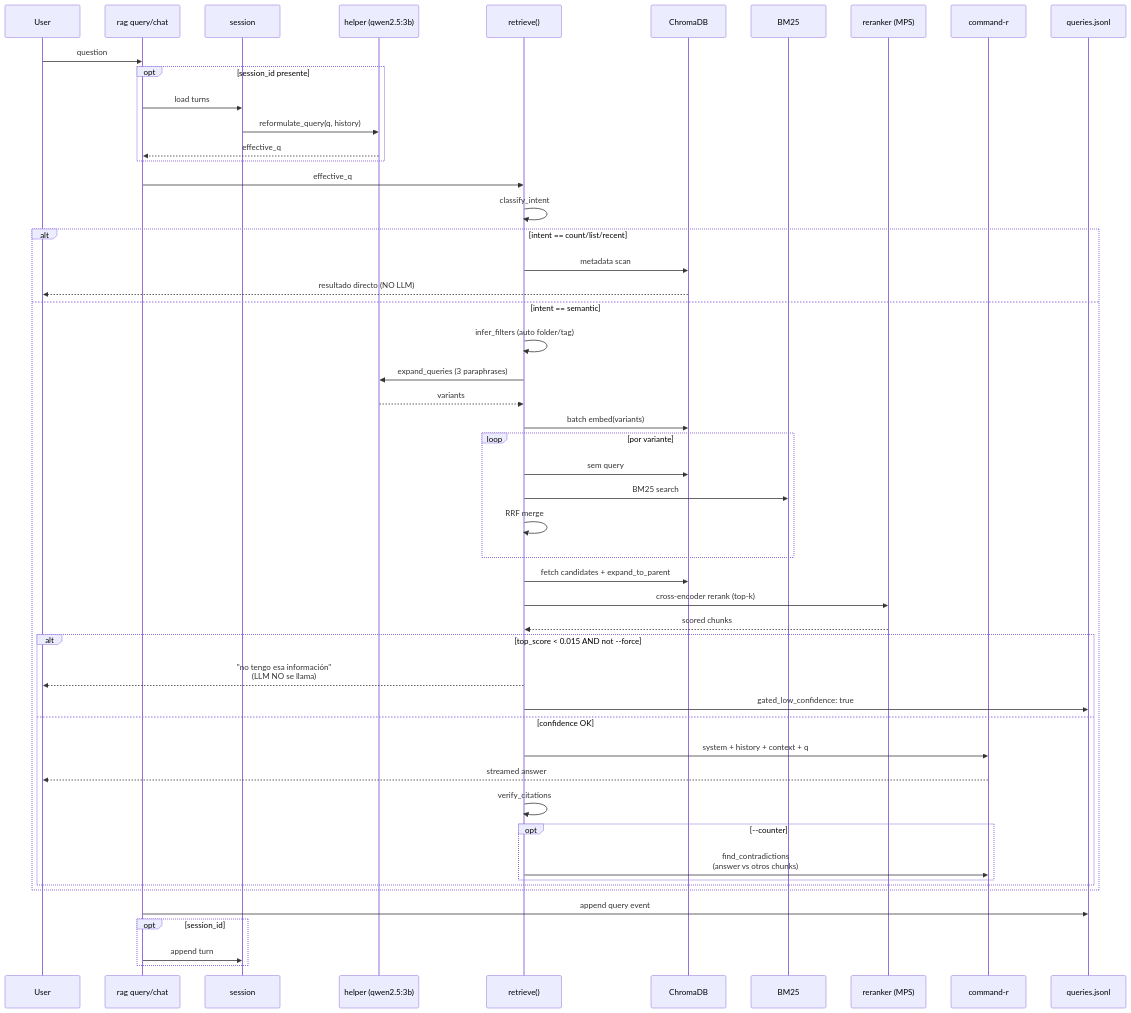
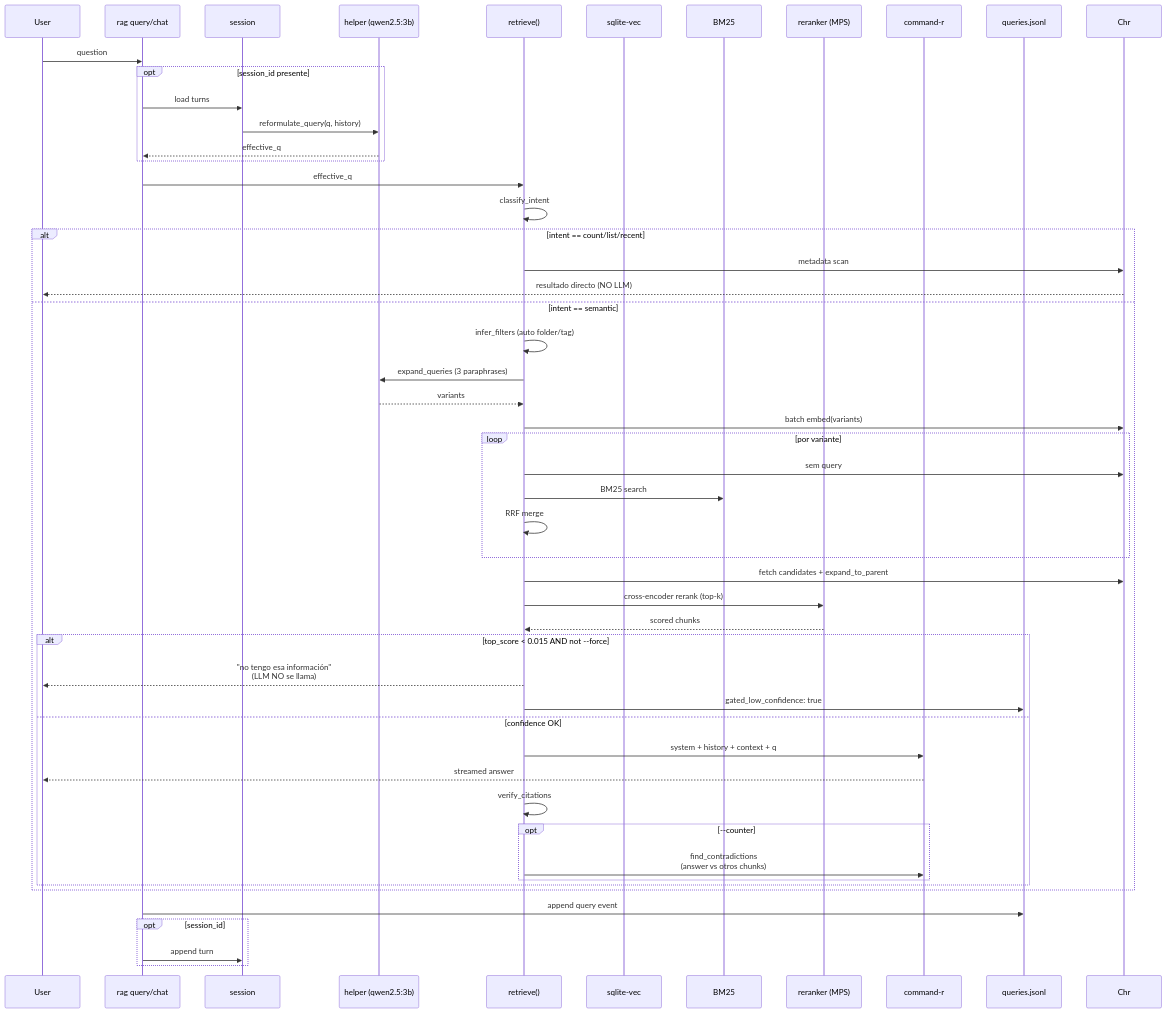
Before and after one commit to jagoff/rag-obsidian: the third of 13 diagrams in docs/SYSTEM.md, drawn with Mermaid. The commit also changed other lines of this file and 53 other files, not shown here.

````diff
--- a/docs/SYSTEM.md
+++ b/docs/SYSTEM.md
@@ -180,54 +180,54 @@
 ```mermaid
 sequenceDiagram
     participant User
     participant Cmd as rag query/chat
     participant Sess as session
     participant H as helper (qwen2.5:3b)
     participant R as retrieve()
-    participant Chr as ChromaDB
+    participant Vec as sqlite-vec
     participant BM25 as BM25
     participant Rer as reranker (MPS)
     participant LLM as command-r
     participant Log as queries.jsonl
 
     User->>Cmd: question
     opt session_id presente
         Cmd->>Sess: load turns
         Sess->>H: reformulate_query(q, history)
         H-->>Cmd: effective_q
     end
     Cmd->>R: effective_q
     R->>R: classify_intent
     alt intent == count/list/recent
         R->>Chr: metadata scan
         Chr-->>User: resultado directo (NO LLM)
     else intent == semantic
         R->>R: infer_filters (auto folder/tag)
         R->>H: expand_queries (3 paraphrases)
         H-->>R: variants
         R->>Chr: batch embed(variants)
         loop por variante
             R->>Chr: sem query
             R->>BM25: BM25 search
             R->>R: RRF merge
         end
         R->>Chr: fetch candidates + expand_to_parent
         R->>Rer: cross-encoder rerank (top-k)
         Rer-->>R: scored chunks
         alt top_score < 0.015 AND not --force
             R-->>User: "no tengo esa información"<br/>(LLM NO se llama)
             R->>Log: gated_low_confidence: true
         else confidence OK
             R->>LLM: system + history + context + q
             LLM-->>User: streamed answer
             R->>R: verify_citations
             opt --counter
                 R->>LLM: find_contradictions<br/>(answer vs otros chunks)
             end
         end
     end
     Cmd->>Log: append query event
     opt session_id
         Cmd->>Sess: append turn
     end
 ```
````
